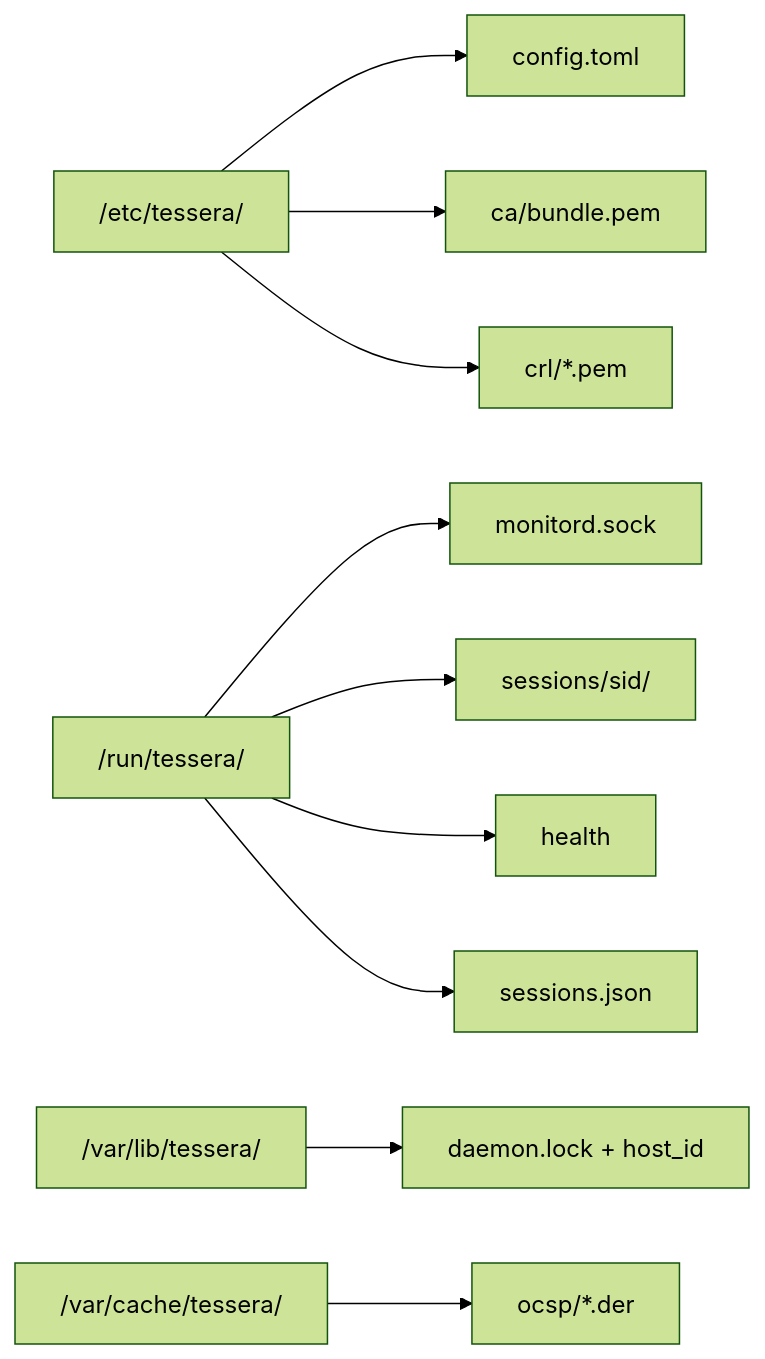
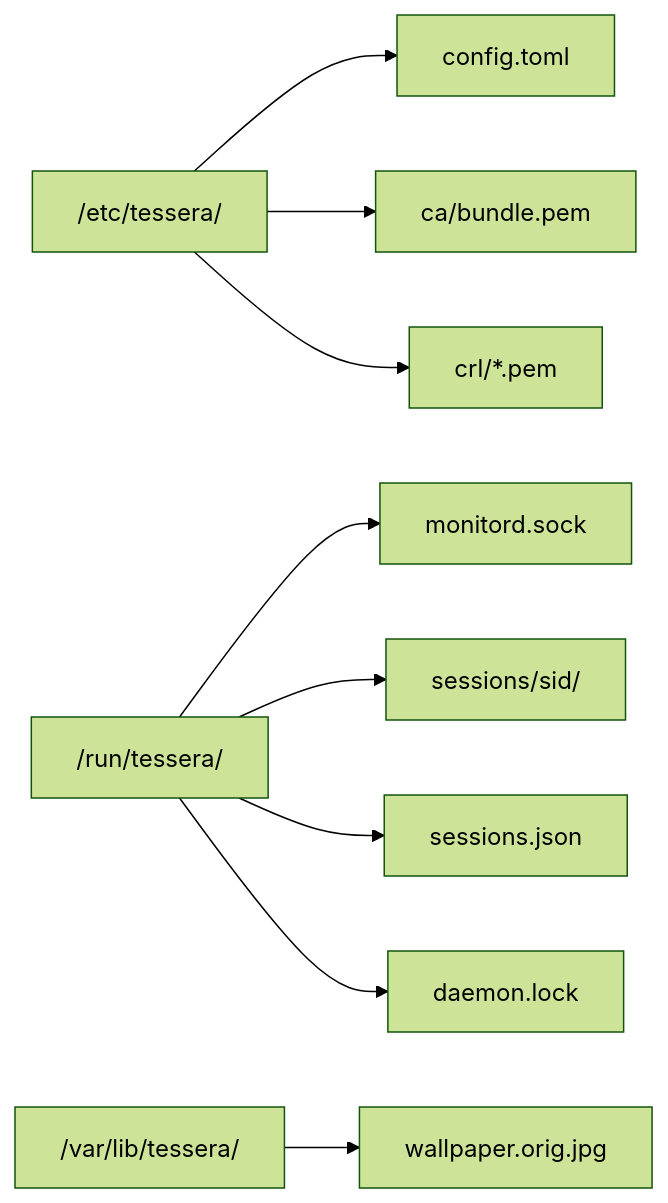
The second of 6 diagrams in docs/architecture.md (TesseraLabs/tessera), drawn with Mermaid (forest theme) before and after one commit. The commit also changed other lines of this file and 99 other files, not shown here.

````diff
--- a/docs/architecture.md
+++ b/docs/architecture.md
@@ -219,12 +230,11 @@
 ```mermaid
 flowchart LR
     etc["/etc/tessera/"] --> cfg[config.toml]
     etc --> ca["ca/bundle.pem"]
     etc --> crl["crl/*.pem"]
     run["/run/tessera/"] --> sock[monitord.sock]
     run --> sessions["sessions/sid/"]
-    run --> health[health]
     run --> state[sessions.json]
-    var["/var/lib/tessera/"] --> lock["daemon.lock + host_id"]
-    cache["/var/cache/tessera/"] --> ocsp["ocsp/*.der"]
+    run --> lock[daemon.lock]
+    var["/var/lib/tessera/"] --> wp["wallpaper.orig.jpg"]
 ```
````
